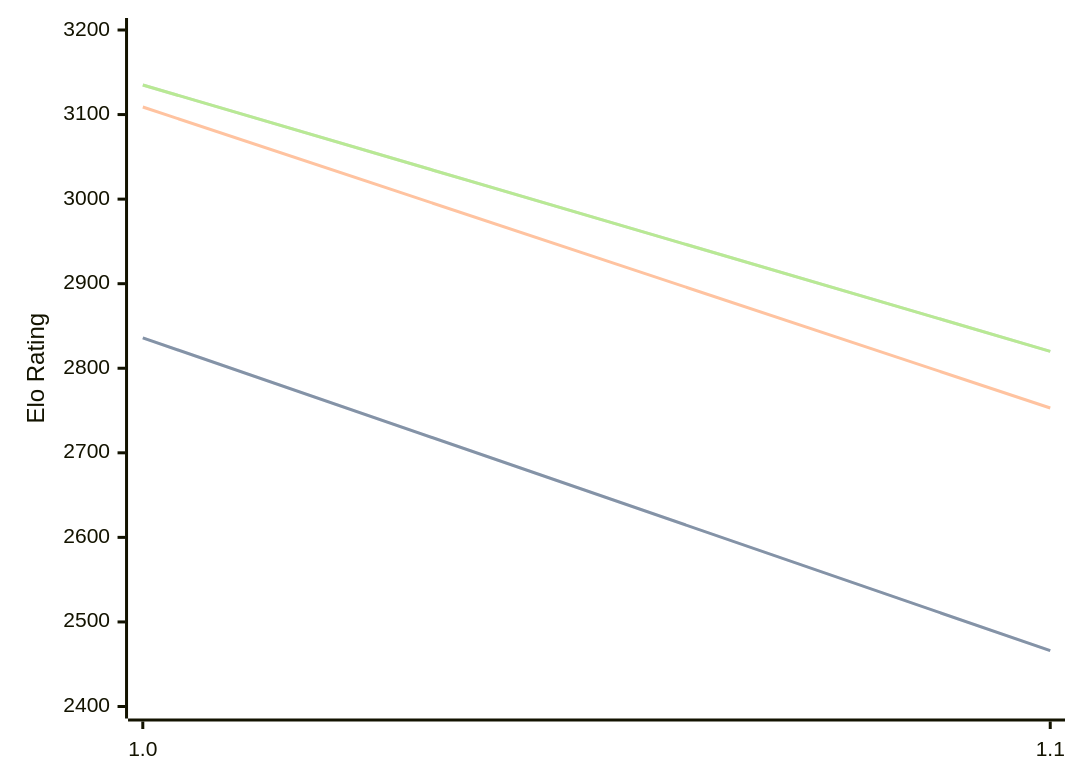
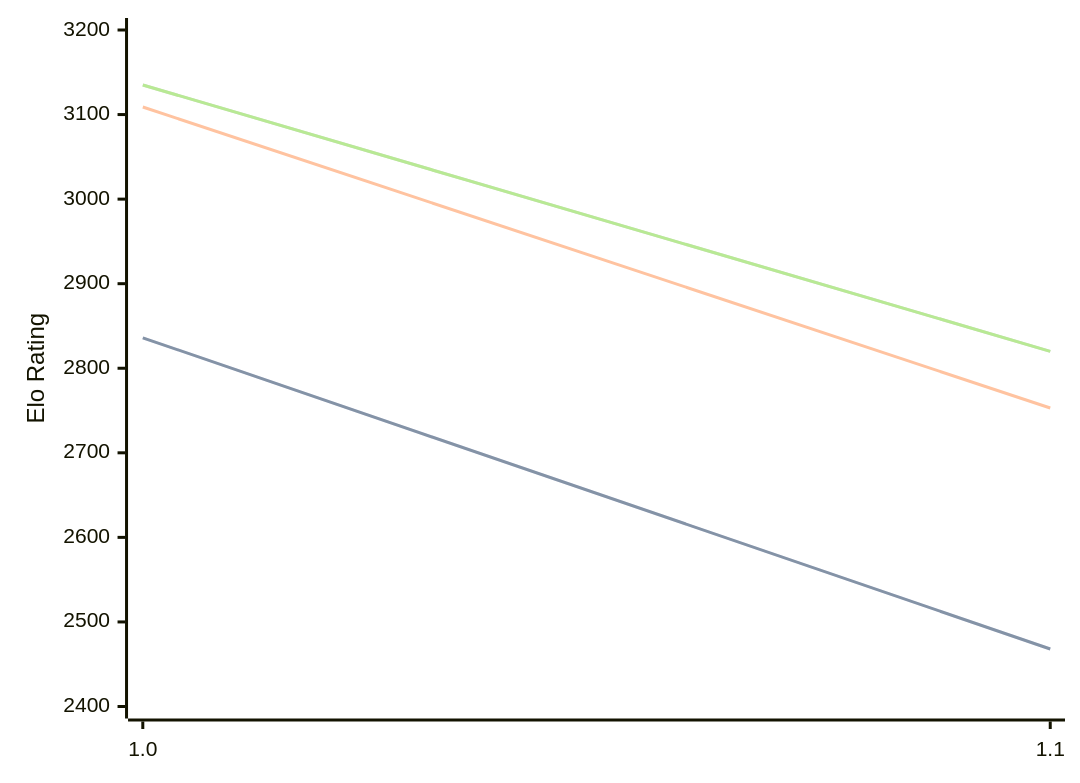
Before and after one commit to computer-chess-index/cci: the diagram in engines/Publius.md, drawn with Mermaid. The commit also changed other lines of this file, not shown here.

````diff
--- a/engines/Publius.md
+++ b/engines/Publius.md
@@ -32,11 +32,11 @@
 ```mermaid
 %%{init: {"theme":"base","themeVariables":{"seriesColors:['#a3a3a3','#222221','#faa371']}}}%%
 xychart-beta
   x-axis ["1.0", "1.1"]
   y-axis "Elo Rating" 2400 --> 3200
-  line "" [2836, 2466]
-  line "STC (8.0+0.08s)" [2836, 2466]
+  line "" [2836, 2468]
+  line "STC (8.0+0.08s)" [2836, 2468]
   line "LTC (60.0+0.60s)" [3109, 2753]
   line "" [3135, 2820]
   line "VLTC (2m24s+1.12s)" [3135, 2820]
 ```
````
